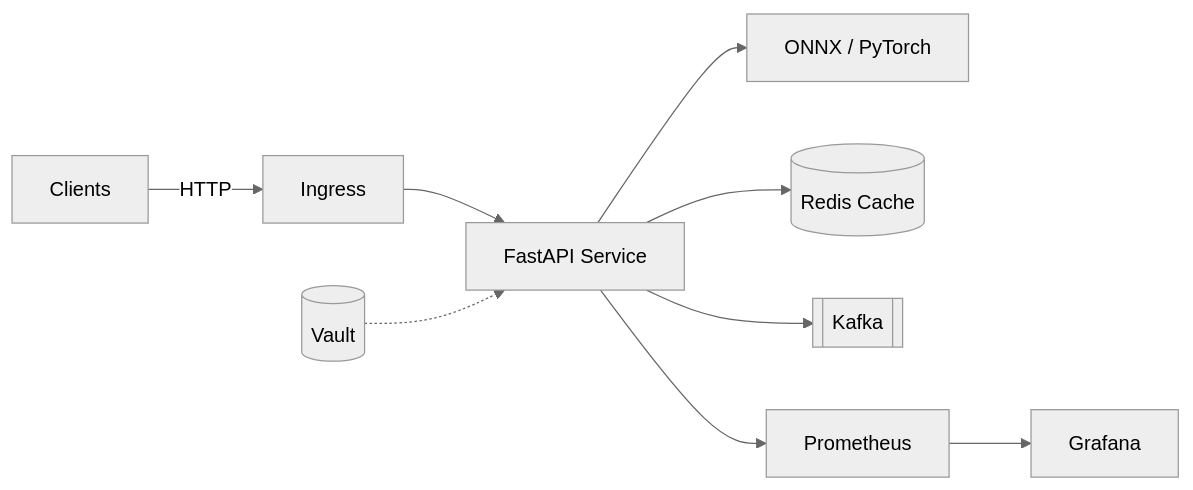
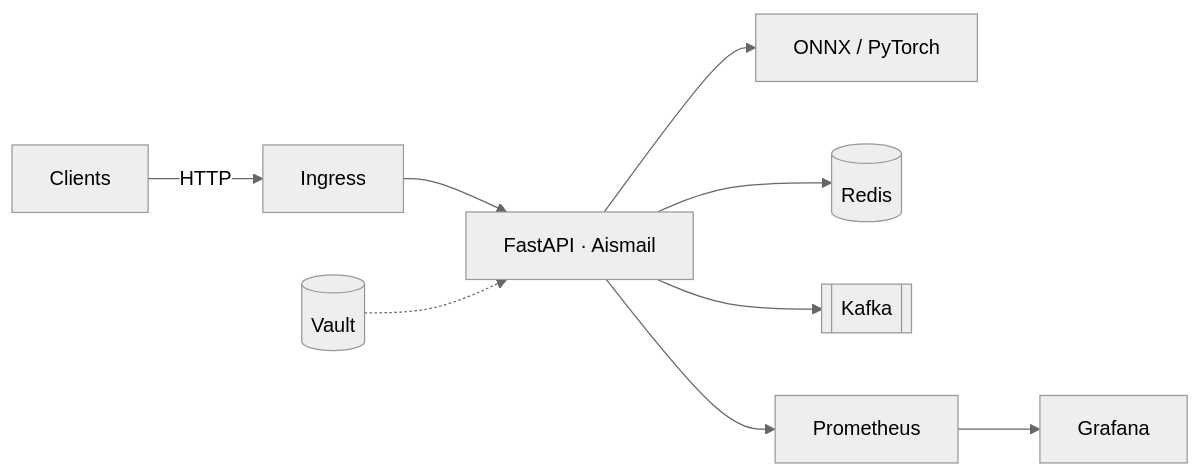
The diagram in README.md (ismailubts/KubeSense), drawn with Mermaid (neutral theme) before and after one commit. The commit also changed other lines of this file and 124 other files, not shown here.

````diff
--- a/README.md
+++ b/README.md
@@ -31,11 +33,11 @@
 ```mermaid
 flowchart LR
   Clients -->|HTTP| Ingress
-  Ingress --> API[FastAPI Service]
+  Ingress --> API[FastAPI · Aismail]
   API --> Model[ONNX / PyTorch]
-  API --> Redis[(Redis Cache)]
+  API --> Redis[(Redis)]
   API --> Kafka[[Kafka]]
   API --> Prom[Prometheus]
   Prom --> Grafana
   Vault[(Vault)] -.-> API
 ```
````
